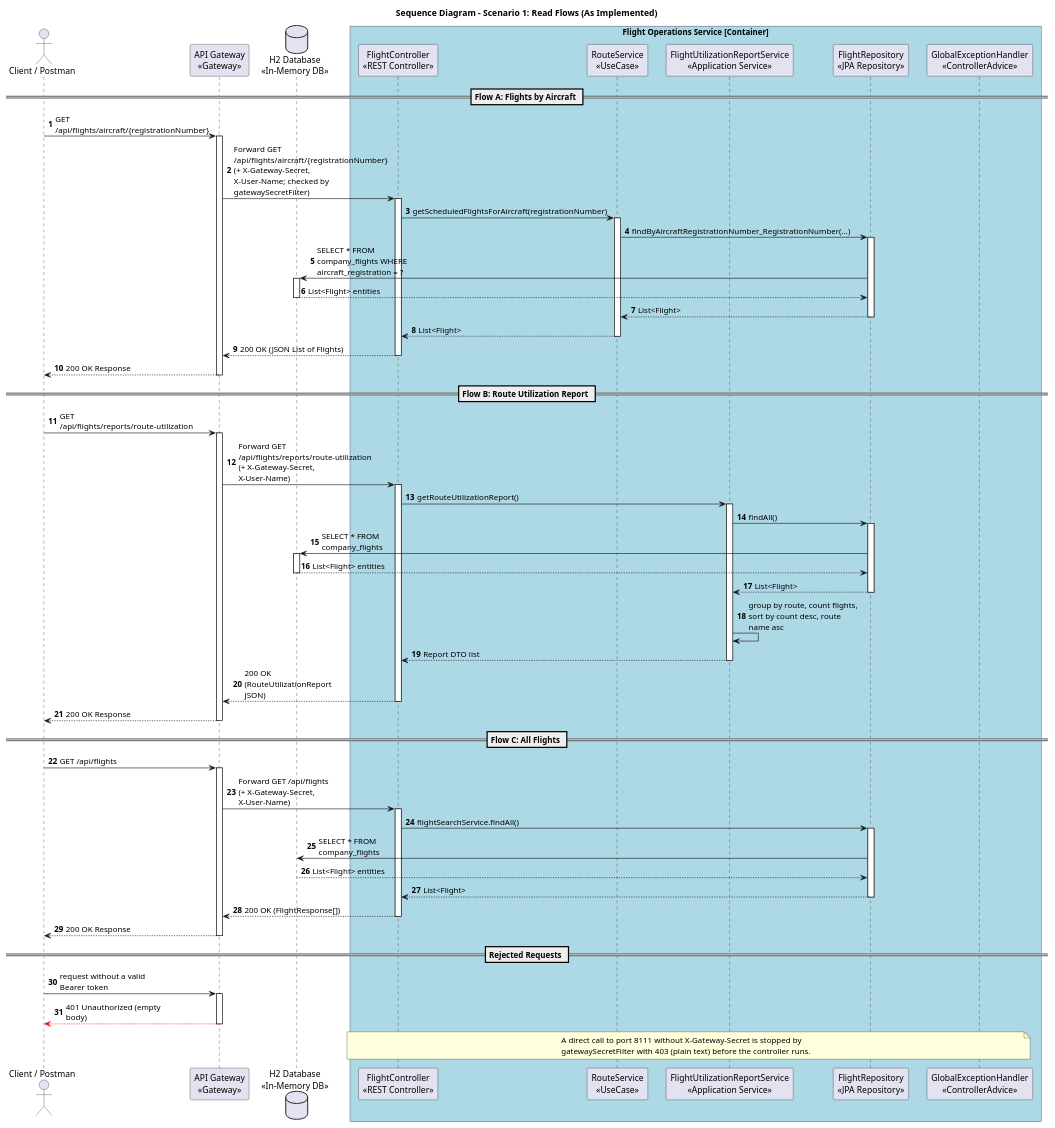
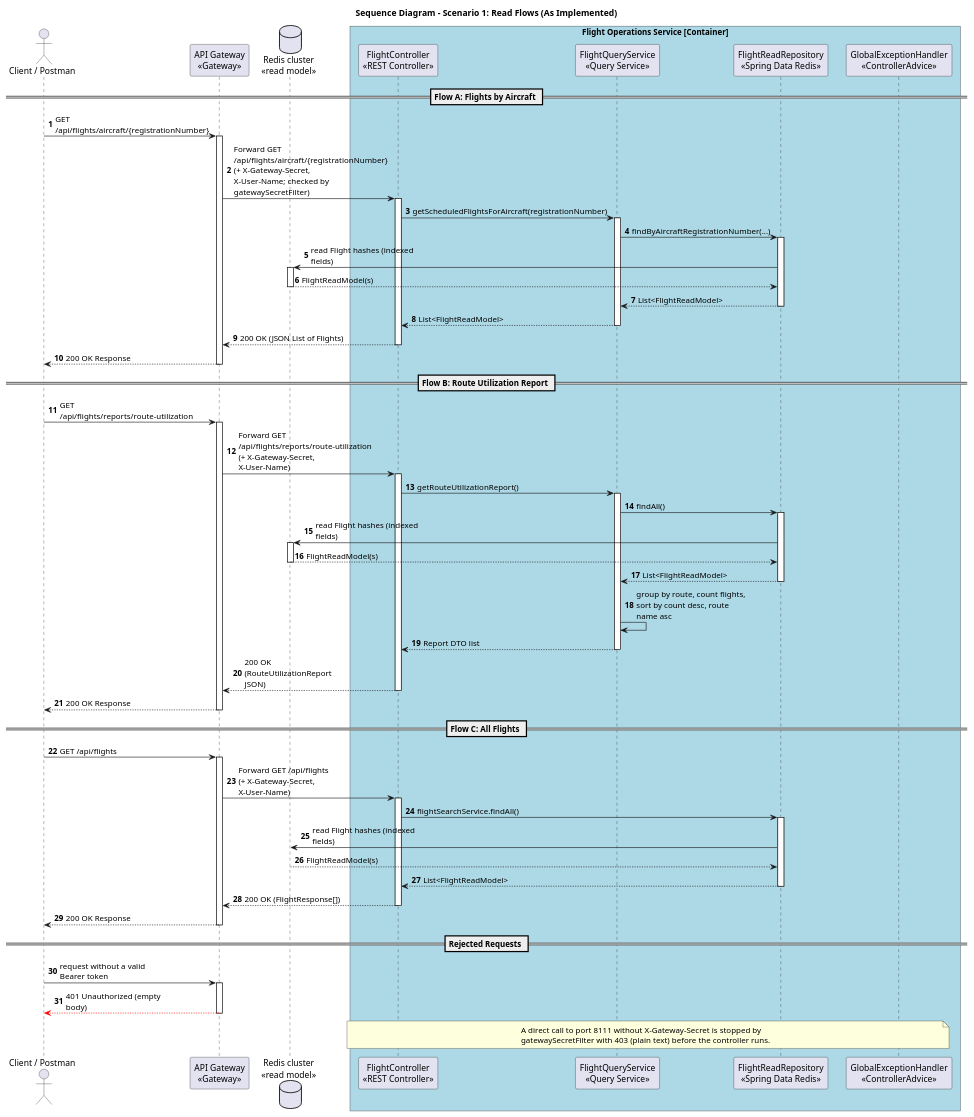
Before and after one commit to 8126Lucas/SIDIS_G6_3DA: the diagram in flight-service/docs/sequence-diagrams/scenario-1-query-flights.puml, drawn with PlantUML. The commit also changed 44 other files, not shown here.

First line of the commit message:
Update CQRS architecture documentation

```diff
--- a/flight-service/docs/sequence-diagrams/scenario-1-query-flights.puml
+++ b/flight-service/docs/sequence-diagrams/scenario-1-query-flights.puml
@@ -1,118 +1,116 @@
 @startuml
 skinparam responseMessageBelowArrow true
 skinparam maxMessageSize 180
 skinparam boxPadding 10
 skinparam participantPadding 10
 skinparam shadowing false
 
 title Sequence Diagram - Scenario 1: Read Flows (As Implemented)
 
 autonumber
 
 actor "Client / Postman" as client
 participant "API Gateway\n<<Gateway>>" as gateway
 participant "FlightController\n<<REST Controller>>" as controller
-participant "RouteService\n<<UseCase>>" as route_svc
-participant "FlightUtilizationReportService\n<<Application Service>>" as report_svc
-participant "FlightRepository\n<<JPA Repository>>" as repo
-database "H2 Database\n<<In-Memory DB>>" as db
+participant "FlightQueryService\n<<Query Service>>" as report_svc
+participant "FlightReadRepository\n<<Spring Data Redis>>" as repo
+database "Redis cluster\n<<read model>>" as db
 participant "GlobalExceptionHandler\n<<ControllerAdvice>>" as exception_handler
 
 box "Flight Operations Service [Container]" #LightBlue
     participant controller
-    participant route_svc
     participant report_svc
     participant repo
     participant exception_handler
 end box
 
 == Flow A: Flights by Aircraft ==
 
 client -> gateway : GET /api/flights/aircraft/{registrationNumber}
 activate gateway
 
 gateway -> controller : Forward GET /api/flights/aircraft/{registrationNumber}\n(+ X-Gateway-Secret, X-User-Name; checked by gatewaySecretFilter)
 activate controller
 
-controller -> route_svc : getScheduledFlightsForAircraft(registrationNumber)
-activate route_svc
+controller -> report_svc : getScheduledFlightsForAircraft(registrationNumber)
+activate report_svc
 
-route_svc -> repo : findByAircraftRegistrationNumber_RegistrationNumber(...)
+report_svc -> repo : findByAircraftRegistrationNumber(...)
 activate repo
 
-repo -> db : SELECT * FROM company_flights WHERE aircraft_registration = ?
+repo -> db : read Flight hashes (indexed fields)
 activate db
-db --> repo : List<Flight> entities
+db --> repo : FlightReadModel(s)
 deactivate db
 
-repo --> route_svc : List<Flight>
+repo --> report_svc : List<FlightReadModel>
 deactivate repo
 
-route_svc --> controller : List<Flight>
-deactivate route_svc
+report_svc --> controller : List<FlightReadModel>
+deactivate report_svc
 
 controller --> gateway : 200 OK (JSON List of Flights)
 deactivate controller
 
 gateway --> client : 200 OK Response
 deactivate gateway
 
 == Flow B: Route Utilization Report ==
 
 client -> gateway : GET /api/flights/reports/route-utilization
 activate gateway
 
 gateway -> controller : Forward GET /api/flights/reports/route-utilization\n(+ X-Gateway-Secret, X-User-Name)
 activate controller
 
 controller -> report_svc : getRouteUtilizationReport()
 activate report_svc
 
 report_svc -> repo : findAll()
 activate repo
 
-repo -> db : SELECT * FROM company_flights
+repo -> db : read Flight hashes (indexed fields)
 activate db
-db --> repo : List<Flight> entities
+db --> repo : FlightReadModel(s)
 deactivate db
 
-repo --> report_svc : List<Flight>
+repo --> report_svc : List<FlightReadModel>
 deactivate repo
 report_svc -> report_svc : group by route, count flights,\nsort by count desc, route name asc
 
 report_svc --> controller : Report DTO list
 deactivate report_svc
 
 controller --> gateway : 200 OK (RouteUtilizationReport JSON)
 deactivate controller
 
 gateway --> client : 200 OK Response
 deactivate gateway
 
 == Flow C: All Flights ==
 
 client -> gateway : GET /api/flights
 activate gateway
 gateway -> controller : Forward GET /api/flights\n(+ X-Gateway-Secret, X-User-Name)
 activate controller
 controller -> repo : flightSearchService.findAll()
 activate repo
-repo -> db : SELECT * FROM company_flights
-db --> repo : List<Flight> entities
-repo --> controller : List<Flight>
+repo -> db : read Flight hashes (indexed fields)
+db --> repo : FlightReadModel(s)
+repo --> controller : List<FlightReadModel>
 deactivate repo
 controller --> gateway : 200 OK (FlightResponse[])
 deactivate controller
 gateway --> client : 200 OK Response
 deactivate gateway
 
 == Rejected Requests ==
 
 client -> gateway : request without a valid Bearer token
 activate gateway
 gateway --[#red]> client : 401 Unauthorized (empty body)
 deactivate gateway
 
 note over controller, exception_handler : A direct call to port 8111 without X-Gateway-Secret is stopped by\ngatewaySecretFilter with 403 (plain text) before the controller runs.
 
 @enduml
```
